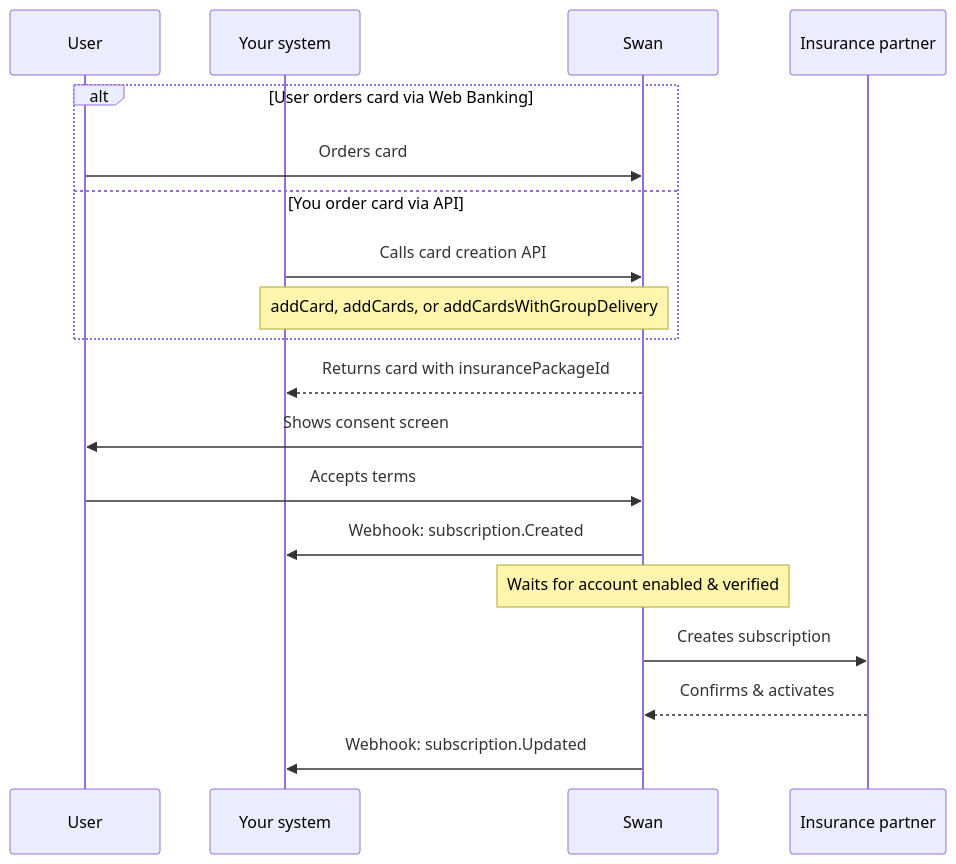
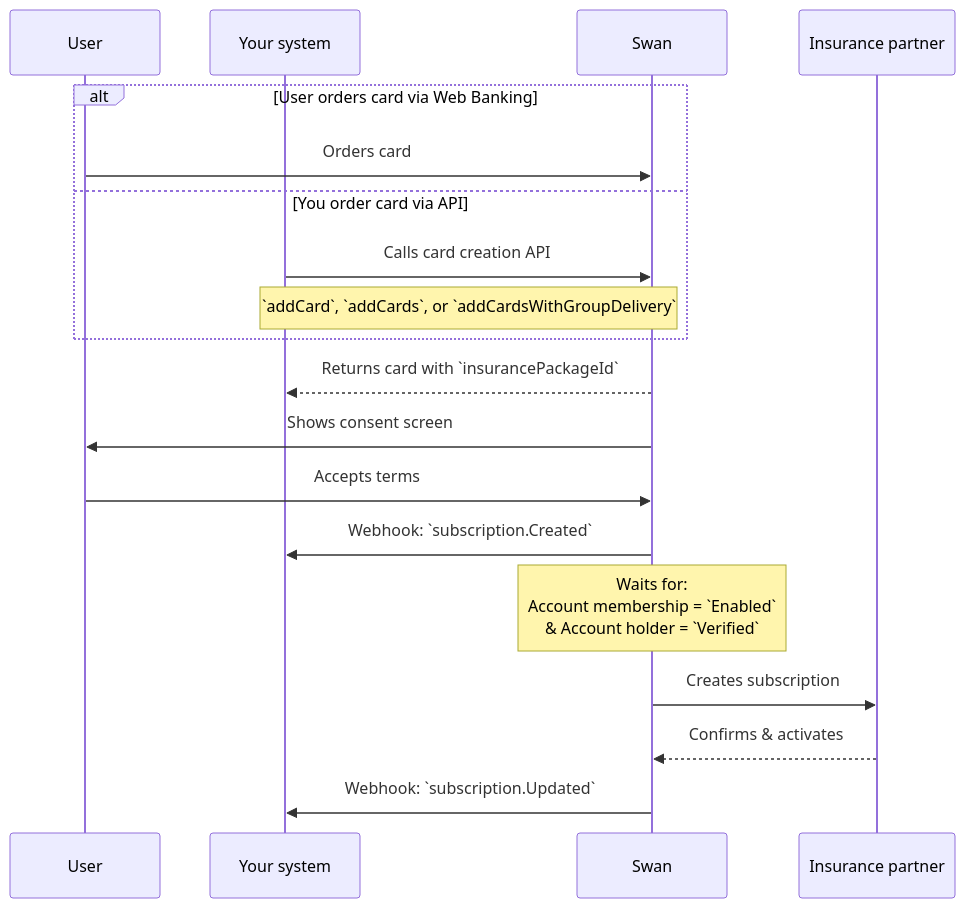
The second of 2 diagrams in docs/topics/cards/overview/insurance-on-cards.mdx (swan-io/docs), drawn with Mermaid before and after one commit.

Commit message:
fixup! DOC-1086 Merchant payment object general info

````diff
--- a/docs/topics/cards/overview/insurance-on-cards.mdx
+++ b/docs/topics/cards/overview/insurance-on-cards.mdx
@@ -146,23 +146,23 @@
 ```mermaid
 sequenceDiagram
     participant User
     participant Your system
     participant Swan
     participant Insurance partner
 
     alt User orders card via Web Banking
         User->>Swan: Orders card
     else You order card via API
         Your system->>Swan: Calls card creation API
-        Note over Your system,Swan: addCard, addCards, or addCardsWithGroupDelivery
+        Note over Your system,Swan: `addCard`, `addCards`, or `addCardsWithGroupDelivery`
     end
 
-    Swan-->>Your system: Returns card with insurancePackageId
+    Swan-->>Your system: Returns card with `insurancePackageId`
     Swan->>User: Shows consent screen
     User->>Swan: Accepts terms
-    Swan->>Your system: Webhook: subscription.Created
-    Note over Swan: Waits for account enabled & verified
+    Swan->>Your system: Webhook: `subscription.Created`
+    Note over Swan: Waits for: <br> Account membership = `Enabled` <br />& Account holder = `Verified`
     Swan->>Insurance partner: Creates subscription
     Insurance partner-->>Swan: Confirms & activates
-    Swan->>Your system: Webhook: subscription.Updated
+    Swan->>Your system: Webhook: `subscription.Updated`
 ```
````
